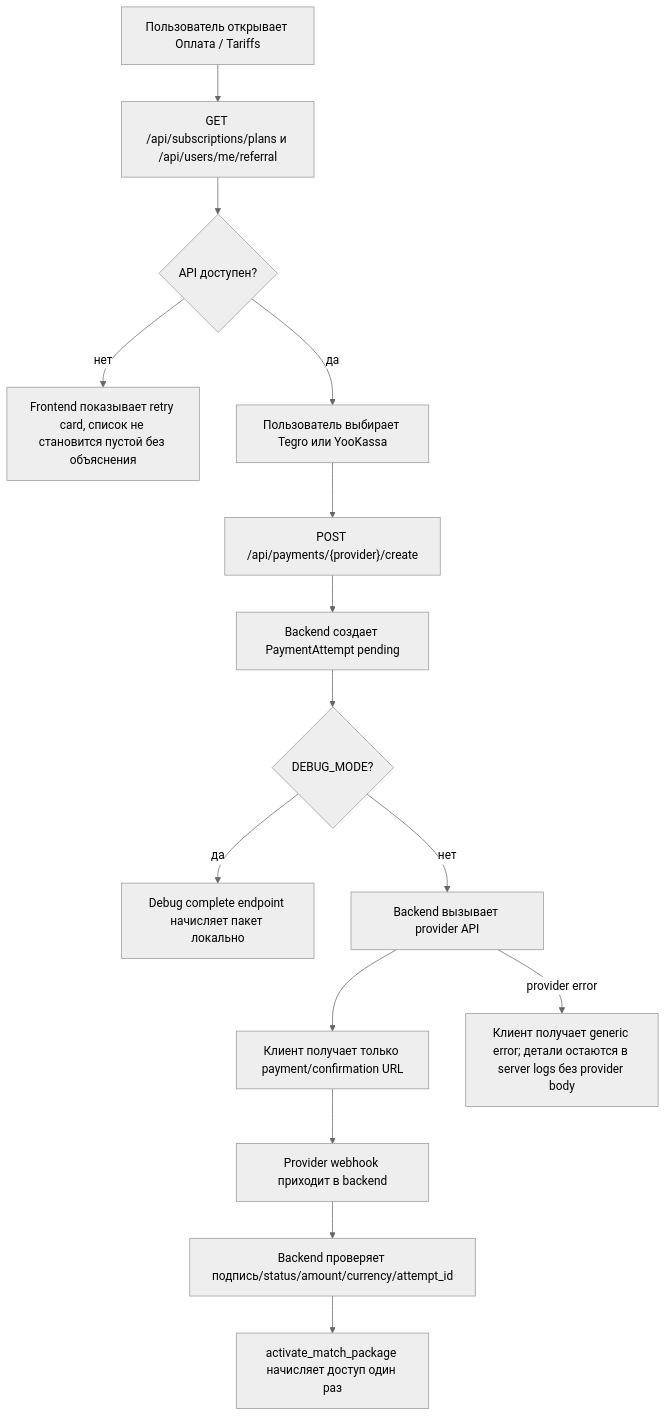
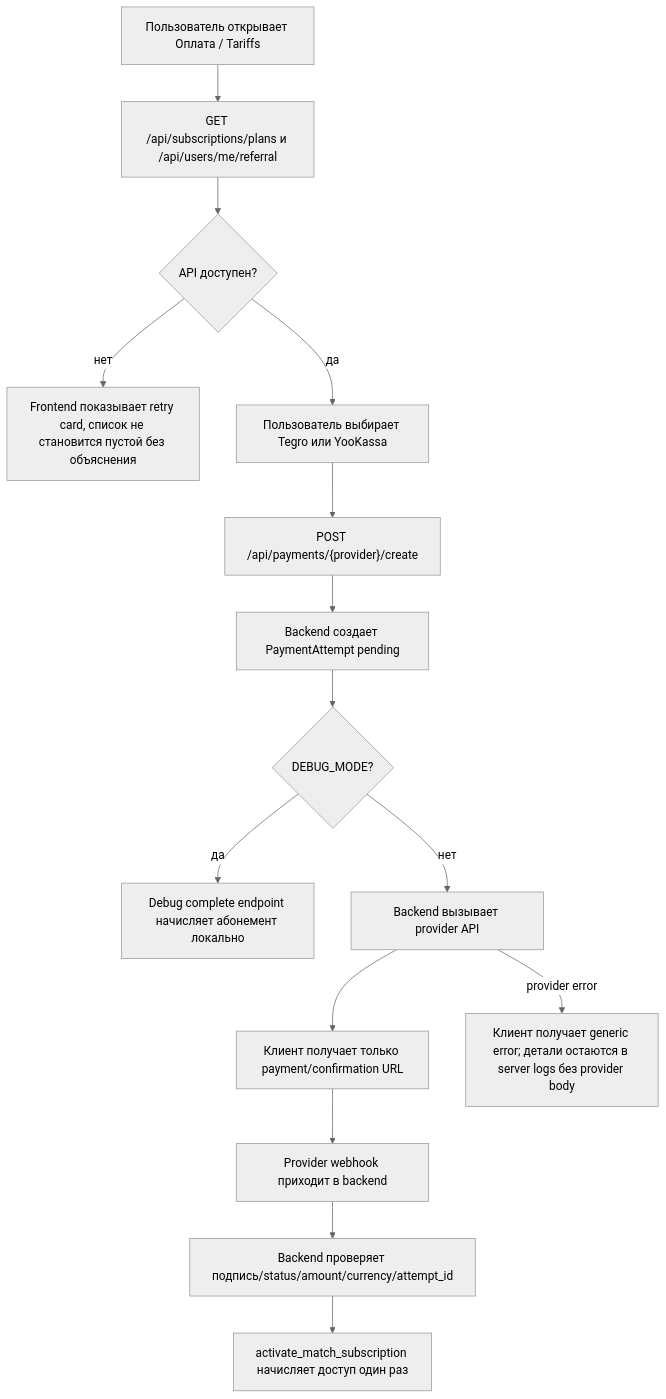
Before and after one commit to inftverezovsky/Mini-Web-Shamrai-: the second of 6 diagrams in docs/process-flows.md, drawn with Mermaid (neutral theme). The commit also changed other lines of this file and 66 other files, not shown here.

First line of the commit message:
Add VK photo_url, rename package→subscription & reports

````diff
--- a/docs/process-flows.md
+++ b/docs/process-flows.md
@@ -28,17 +28,17 @@
 ```mermaid
 flowchart TD
   A["Пользователь открывает Оплата / Tariffs"] --> B["GET /api/subscriptions/plans и /api/users/me/referral"]
   B --> C{"API доступен?"}
   C -- "нет" --> D["Frontend показывает retry card, список не становится пустой без объяснения"]
   C -- "да" --> E["Пользователь выбирает Tegro или YooKassa"]
   E --> F["POST /api/payments/{provider}/create"]
   F --> G["Backend создает PaymentAttempt pending"]
   G --> H{"DEBUG_MODE?"}
-  H -- "да" --> I["Debug complete endpoint начисляет пакет локально"]
+  H -- "да" --> I["Debug complete endpoint начисляет абонемент локально"]
   H -- "нет" --> J["Backend вызывает provider API"]
   J --> K["Клиент получает только payment/confirmation URL"]
   K --> L["Provider webhook приходит в backend"]
   L --> M["Backend проверяет подпись/status/amount/currency/attempt_id"]
-  M --> N["activate_match_package начисляет доступ один раз"]
+  M --> N["activate_match_subscription начисляет доступ один раз"]
   J -- "provider error" --> O["Клиент получает generic error; детали остаются в server logs без provider body"]
 ```
````
